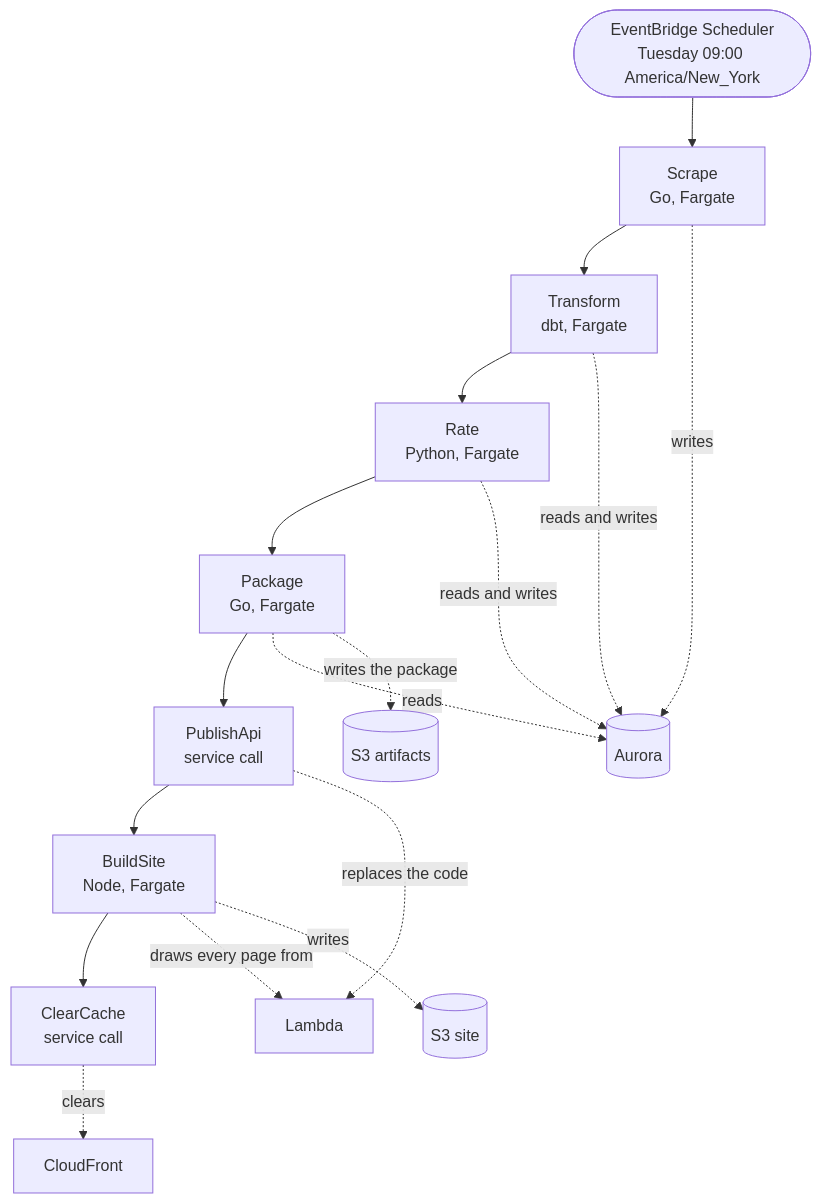
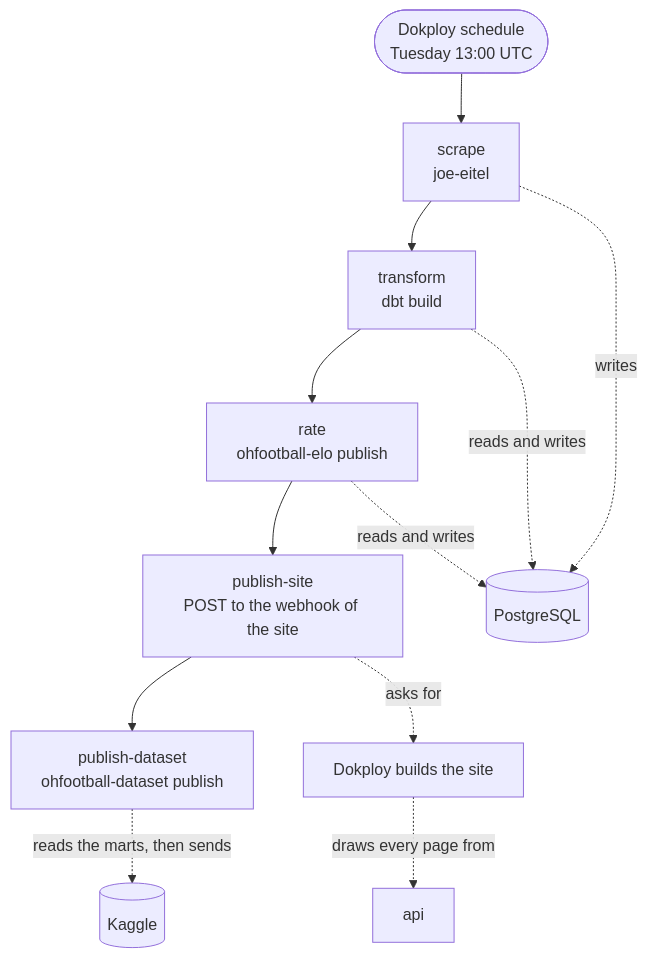
One commit to StephenODea54/ohfootball.io changed the third of 4 diagrams in docs/architecture.md. Above: the diagram before and after it, drawn with Mermaid. The commit also changed other lines of this file, not shown here.

First line of the commit message:
Describe the deployment on Dokploy

````diff
--- a/docs/architecture.md
+++ b/docs/architecture.md
@@ -86,27 +125,20 @@
 ```mermaid
 flowchart TD
-    cron(["EventBridge Scheduler<br/>Tuesday 09:00 America/New_York"]) --> scrape
+    cron(["Dokploy schedule<br/>Tuesday 13:00 UTC"]) --> scrape
 
-    scrape["Scrape<br/>Go, Fargate"] --> transform["Transform<br/>dbt, Fargate"]
-    transform --> rate["Rate<br/>Python, Fargate"]
-    rate --> pack["Package<br/>Go, Fargate"]
-    pack --> publish["PublishApi<br/>service call"]
-    publish --> site["BuildSite<br/>Node, Fargate"]
-    site --> clear["ClearCache<br/>service call"]
+    scrape["scrape<br/>joe-eitel"] --> transform["transform<br/>dbt build"]
+    transform --> rate["rate<br/>ohfootball-elo publish"]
+    rate --> site["publish-site<br/>POST to the webhook of the site"]
+    site --> dataset["publish-dataset<br/>ohfootball-dataset publish"]
 
-    warehouse[("Aurora")]
-    artifacts[("S3 artifacts")]
-    fn["Lambda"]
-    pages[("S3 site")]
-    cdn["CloudFront"]
+    warehouse[("PostgreSQL")]
+    build["Dokploy builds the site"]
+    kaggle[("Kaggle")]
 
     scrape -. writes .-> warehouse
     transform -. reads and writes .-> warehouse
     rate -. reads and writes .-> warehouse
-    pack -. reads .-> warehouse
-    pack -. writes the package .-> artifacts
-    publish -. replaces the code .-> fn
-    site -. draws every page from .-> fn
-    site -. writes .-> pages
-    clear -. clears .-> cdn
+    site -. asks for .-> build
+    build -. draws every page from .-> api["api"]
+    dataset -. reads the marts, then sends .-> kaggle
 ```
````
